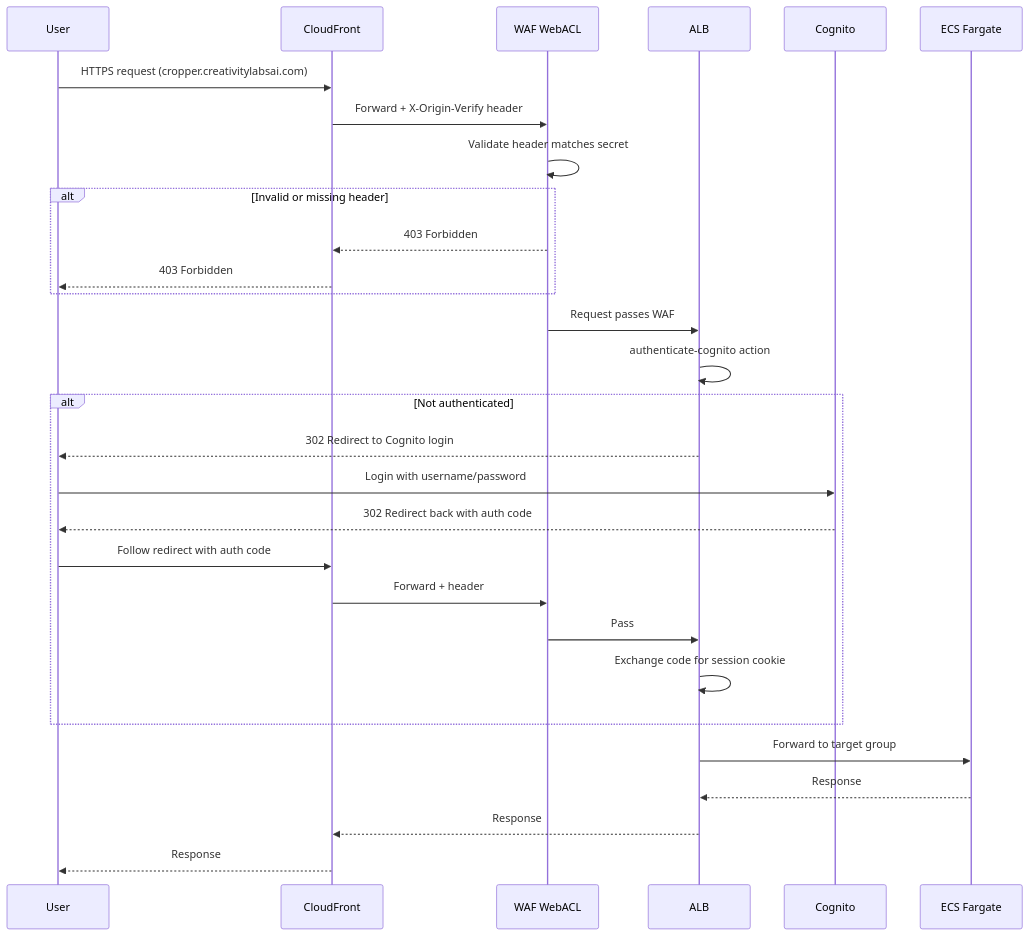
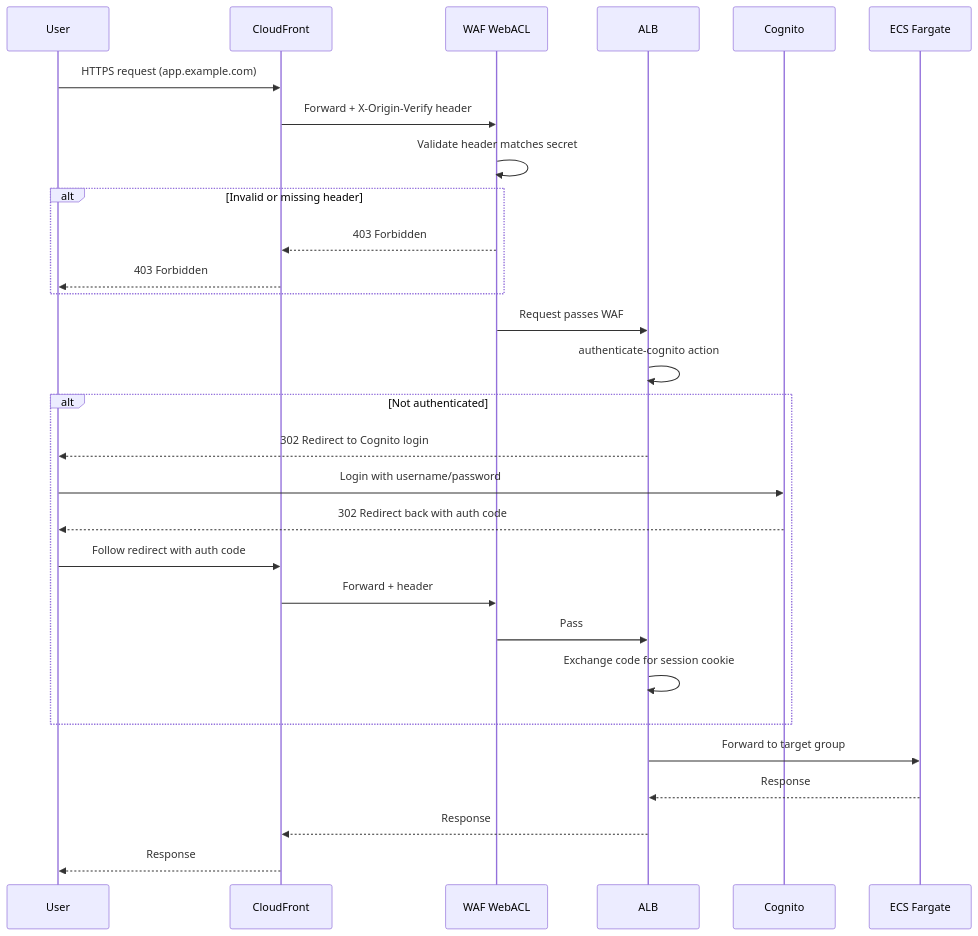
One commit to garystafford/ai-image-cropper-v2 changed the third of 4 diagrams in README.md. Above: the diagram before and after it, drawn with Mermaid. The commit also changed other lines of this file and 2 other files, not shown here.

````diff
--- a/README.md
+++ b/README.md
@@ -143,36 +143,36 @@
 ```mermaid
 sequenceDiagram
     participant User
     participant CF as CloudFront
     participant WAF as WAF WebACL
     participant ALB as ALB
     participant Cognito as Cognito
     participant ECS as ECS Fargate
 
-    User->>CF: HTTPS request (cropper.creativitylabsai.com)
+    User->>CF: HTTPS request (app.example.com)
     CF->>WAF: Forward + X-Origin-Verify header
     WAF->>WAF: Validate header matches secret
 
     alt Invalid or missing header
         WAF-->>CF: 403 Forbidden
         CF-->>User: 403 Forbidden
     end
 
     WAF->>ALB: Request passes WAF
     ALB->>ALB: authenticate-cognito action
 
     alt Not authenticated
         ALB-->>User: 302 Redirect to Cognito login
         User->>Cognito: Login with username/password
         Cognito-->>User: 302 Redirect back with auth code
         User->>CF: Follow redirect with auth code
         CF->>WAF: Forward + header
         WAF->>ALB: Pass
         ALB->>ALB: Exchange code for session cookie
     end
 
     ALB->>ECS: Forward to target group
     ECS-->>ALB: Response
     ALB-->>CF: Response
     CF-->>User: Response
 ```
````
